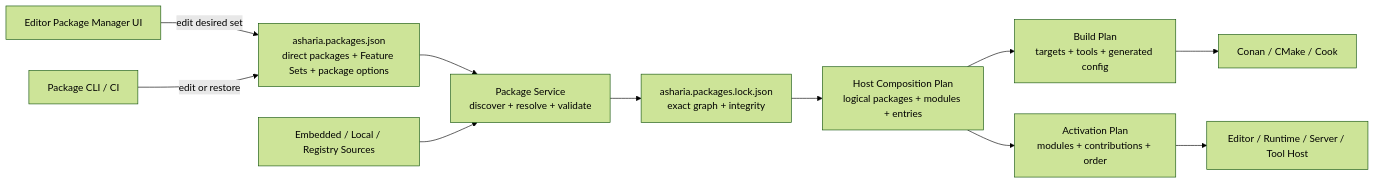
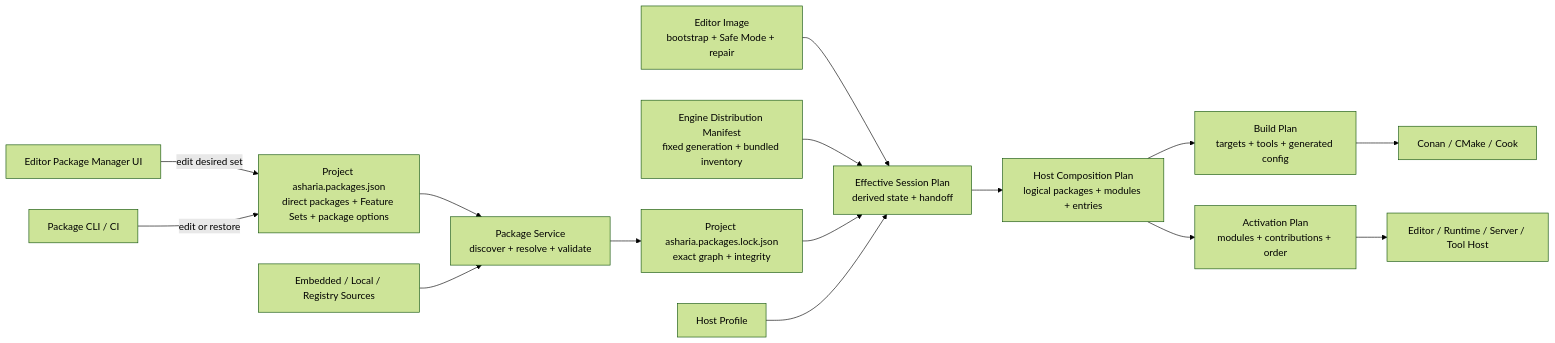
One commit to 66six11/Engine changed the first of 5 diagrams in docs/planning/system-architecture-roadmap.md. Above: the diagram before and after it, drawn with Mermaid (forest theme). The commit also changed other lines of this file and 14 other files, not shown here.

````diff
--- a/docs/planning/system-architecture-roadmap.md
+++ b/docs/planning/system-architecture-roadmap.md
@@ -278,25 +288,33 @@
 ```mermaid
 flowchart LR
     EditorUI["Editor Package Manager UI"]
     CLI["Package CLI / CI"]
-    Manifest["asharia.packages.json<br/>direct packages + Feature Sets + package options"]
+    Image["Editor Image<br/>bootstrap + Safe Mode + repair"]
+    Distribution["Engine Distribution Manifest<br/>fixed generation + bundled inventory"]
+    Manifest["Project asharia.packages.json<br/>direct packages + Feature Sets + package options"]
     Sources["Embedded / Local / Registry Sources"]
     Service["Package Service<br/>discover + resolve + validate"]
-    Lock["asharia.packages.lock.json<br/>exact graph + integrity"]
+    Lock["Project asharia.packages.lock.json<br/>exact graph + integrity"]
+    Profile["Host Profile"]
+    Session["Effective Session Plan<br/>derived state + handoff"]
     Composition["Host Composition Plan<br/>logical packages + modules + entries"]
     BuildPlan["Build Plan<br/>targets + tools + generated config"]
     Activation["Activation Plan<br/>modules + contributions + order"]
     Build["Conan / CMake / Cook"]
     Host["Editor / Runtime / Server / Tool Host"]
 
     EditorUI -->|"edit desired set"| Manifest
     CLI -->|"edit or restore"| Manifest
     Manifest --> Service
     Sources --> Service
     Service --> Lock
-    Lock --> Composition
+    Image --> Session
+    Distribution --> Session
+    Lock --> Session
+    Profile --> Session
+    Session --> Composition
     Composition --> BuildPlan
     Composition --> Activation
     BuildPlan --> Build
     Activation --> Host
 ```
````
